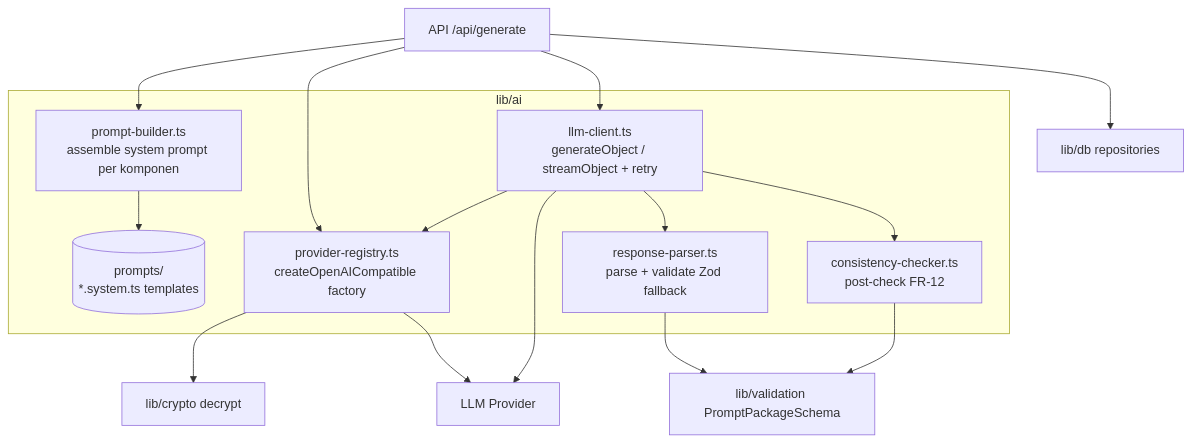
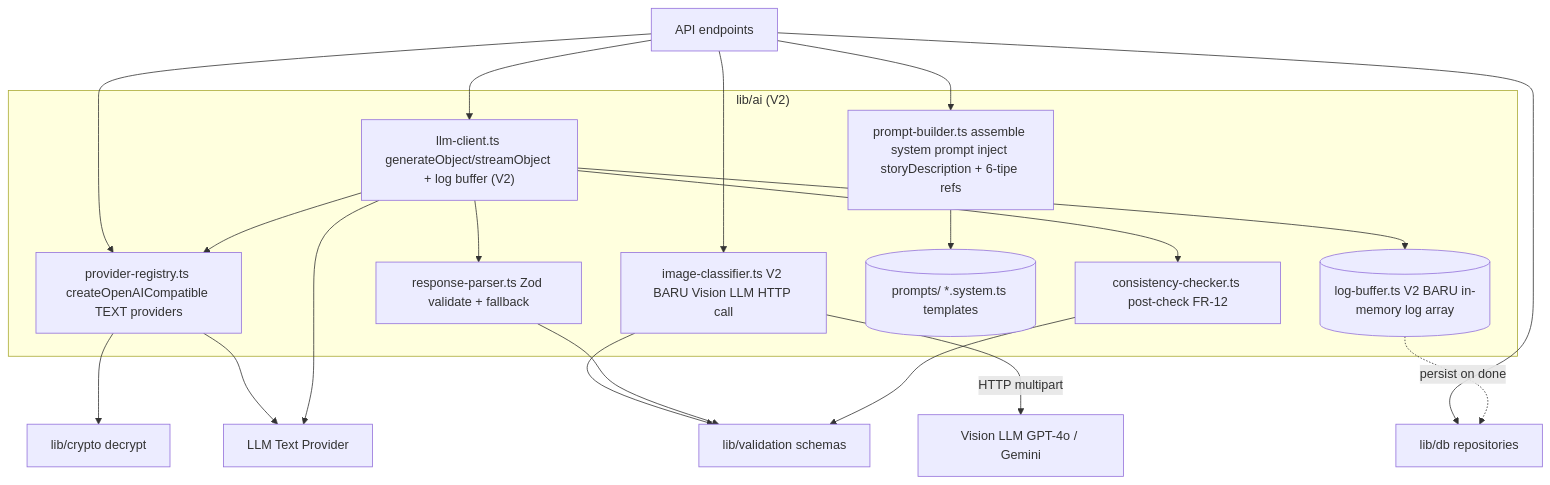
The third of 7 diagrams in product-docs/PROJECT_ARCHITECTURE.md (agrianwahab29/agrinode-promptflow), drawn with Mermaid before and after one commit. The commit also changed other lines of this file and 80 other files, not shown here.

````diff
--- a/product-docs/PROJECT_ARCHITECTURE.md
+++ b/product-docs/PROJECT_ARCHITECTURE.md
@@ -174,31 +182,39 @@
 ```mermaid
 flowchart TB
-    subgraph LibAI["lib/ai"]
-        PR["provider-registry.ts<br/>createOpenAICompatible factory"]
-        PB["prompt-builder.ts<br/>assemble system prompt per komponen"]
-        LC["llm-client.ts<br/>generateObject / streamObject + retry"]
-        RP["response-parser.ts<br/>parse + validate Zod fallback"]
-        CC["consistency-checker.ts<br/>post-check FR-12"]
-        Prompts[("prompts/<br/>*.system.ts templates")]
+    subgraph LibAI["lib/ai (V2)"]
+        PR["provider-registry.ts createOpenAICompatible TEXT providers"]
+        IC["image-classifier.ts V2 BARU Vision LLM HTTP call"]
+        PB["prompt-builder.ts assemble system prompt inject storyDescription + 6-tipe refs"]
+        LC["llm-client.ts generateObject/streamObject + log buffer (V2)"]
+        RP["response-parser.ts Zod validate + fallback"]
+        CC["consistency-checker.ts post-check FR-12"]
+        Prompts[("prompts/ *.system.ts templates")]
+        LogBuf[("log-buffer.ts V2 BARU in-memory log array")]
     end
 
-    API["API /api/generate"]
+    API["API endpoints"]
     Crypto["lib/crypto decrypt"]
-    Val["lib/validation PromptPackageSchema"]
+    Val["lib/validation schemas"]
     DB["lib/db repositories"]
-    LLM["LLM Provider"]
+    Vision["Vision LLM GPT-4o / Gemini"]
+    LLM["LLM Text Provider"]
 
     API --> PB
     PB --> Prompts
     API --> PR
     PR --> Crypto
     PR --> LLM
+    API --> IC
+    IC --> Val
+    IC -->|HTTP multipart| Vision
     API --> LC
     LC --> PR
+    LC --> LogBuf
     LC --> LLM
     LC --> RP
     RP --> Val
     LC --> CC
     CC --> Val
     API --> DB
+    LogBuf -.->|persist on done| DB
 ```
````
